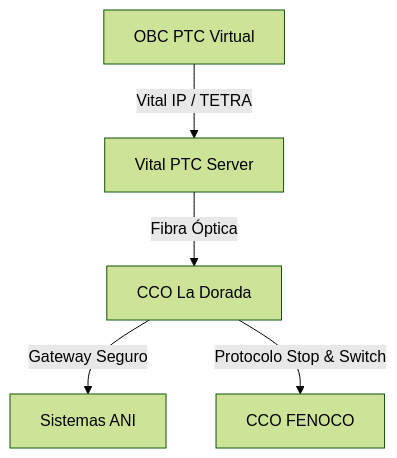
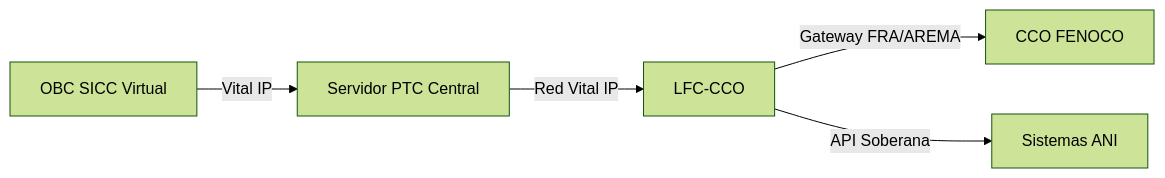
One commit to dieleozagent-debug/LFC2 changed the diagram in III_Ingenieria_conceptual/34_Criterios_Interoperabilidad_docx_Compatibilidad_con_FENOCO_y_ANI.md. Above: the diagram before and after it, drawn with Mermaid (forest theme). The commit also changed other lines of this file and 62 other files, not shown here.

````diff
--- a/III_Ingenieria_conceptual/34_Criterios_Interoperabilidad_docx_Compatibilidad_con_FENOCO_y_ANI.md
+++ b/III_Ingenieria_conceptual/34_Criterios_Interoperabilidad_docx_Compatibilidad_con_FENOCO_y_ANI.md
@@ -42,7 +33,7 @@
 ```mermaid
-graph TD
-    A[OBC PTC Virtual] -- Vital IP / TETRA --> B[Vital PTC Server]
-    B -- Fibra Óptica --> C[CCO La Dorada]
-    C -- Gateway Seguro --> D[Sistemas ANI]
-    C -- Protocolo Stop & Switch --> E[CCO FENOCO]
+graph LR
+    A[OBC SICC Virtual] -- Vital IP --> B[Servidor PTC Central]
+    B -- Red Vital IP --> C[LFC-CCO]
+    C -- Gateway FRA/AREMA --> D[CCO FENOCO]
+    C -- API Soberana --> E[Sistemas ANI]
 ```
````
